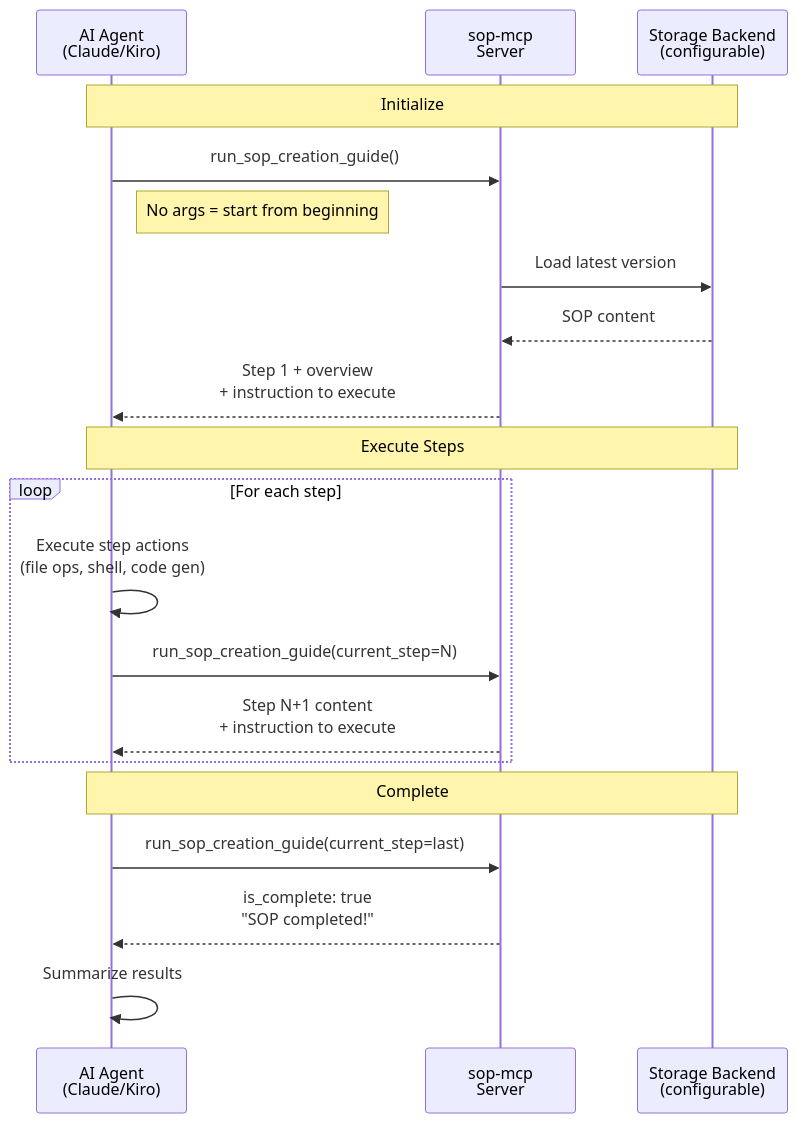
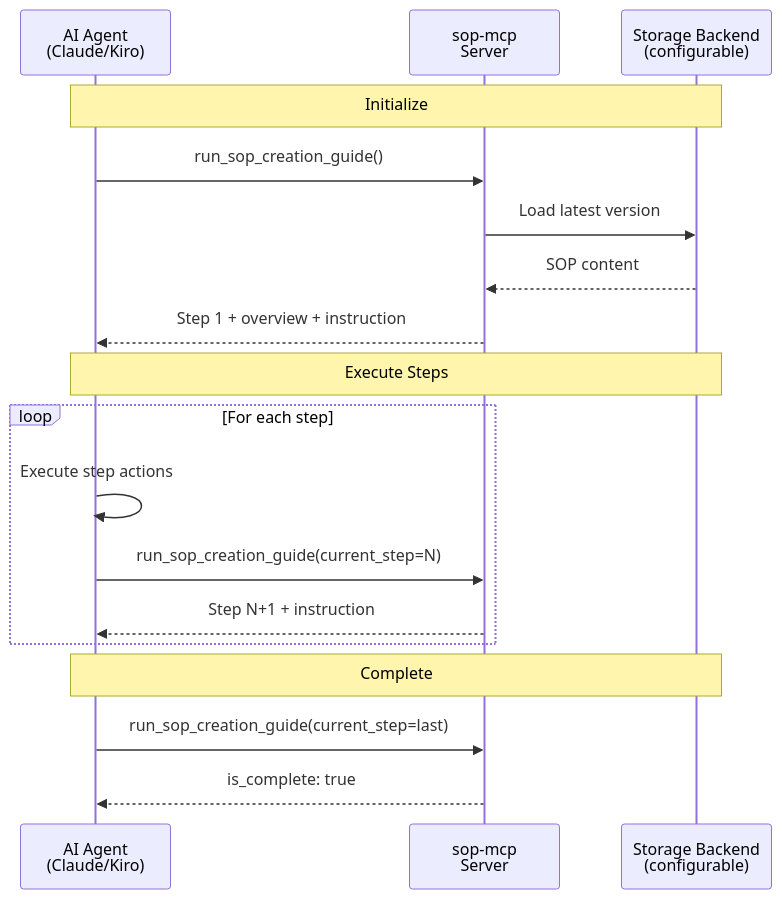
The diagram in README.md (ValueArchitectsAI/sop-mcp), drawn with Mermaid before and after one commit. The commit also changed other lines of this file, not shown here.

````diff
--- a/README.md
+++ b/README.md
@@ -7,25 +137,23 @@
 ```mermaid
 sequenceDiagram
     participant Agent as AI Agent<br/>(Claude/Kiro)
     participant Server as sop-mcp<br/>Server
     participant Storage as Storage Backend<br/>(configurable)
 
     Note over Agent,Storage: Initialize
     Agent->>Server: run_sop_creation_guide()
-    Note right of Agent: No args = start from beginning
     Server->>Storage: Load latest version
     Storage-->>Server: SOP content
-    Server-->>Agent: Step 1 + overview<br/>+ instruction to execute
+    Server-->>Agent: Step 1 + overview + instruction
 
     Note over Agent,Storage: Execute Steps
     loop For each step
-        Agent->>Agent: Execute step actions<br/>(file ops, shell, code gen)
+        Agent->>Agent: Execute step actions
         Agent->>Server: run_sop_creation_guide(current_step=N)
-        Server-->>Agent: Step N+1 content<br/>+ instruction to execute
+        Server-->>Agent: Step N+1 + instruction
     end
 
     Note over Agent,Storage: Complete
     Agent->>Server: run_sop_creation_guide(current_step=last)
-    Server-->>Agent: is_complete: true<br/>"SOP completed!"
-    Agent->>Agent: Summarize results
+    Server-->>Agent: is_complete: true
 ```
````
